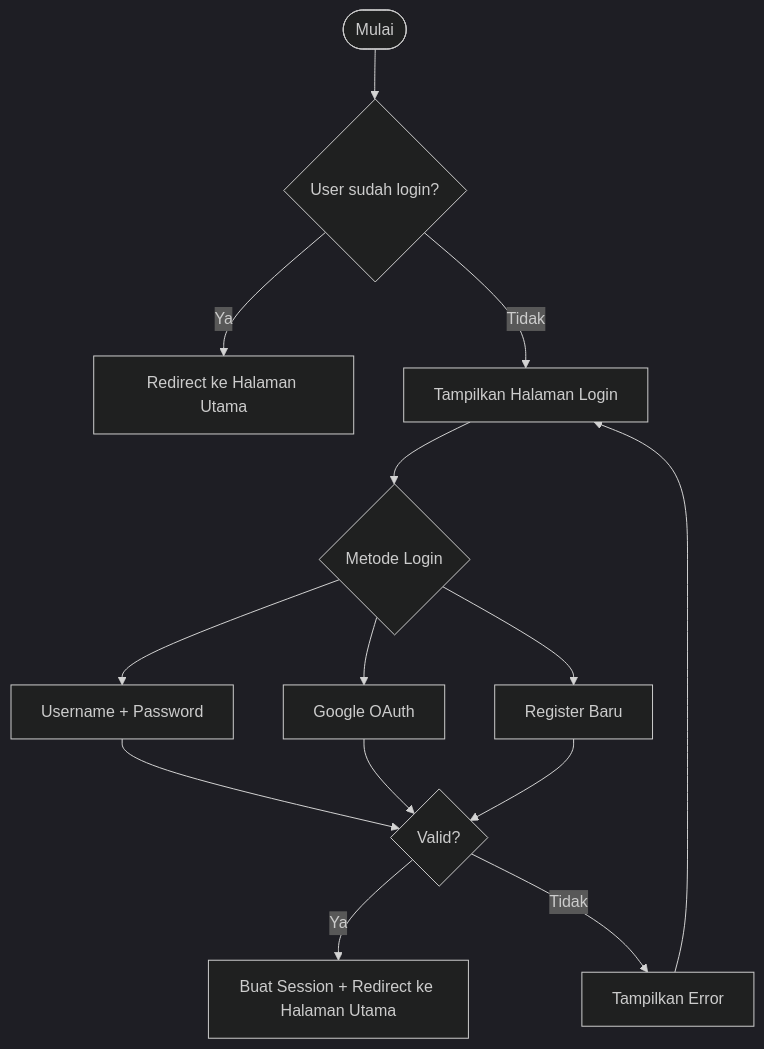
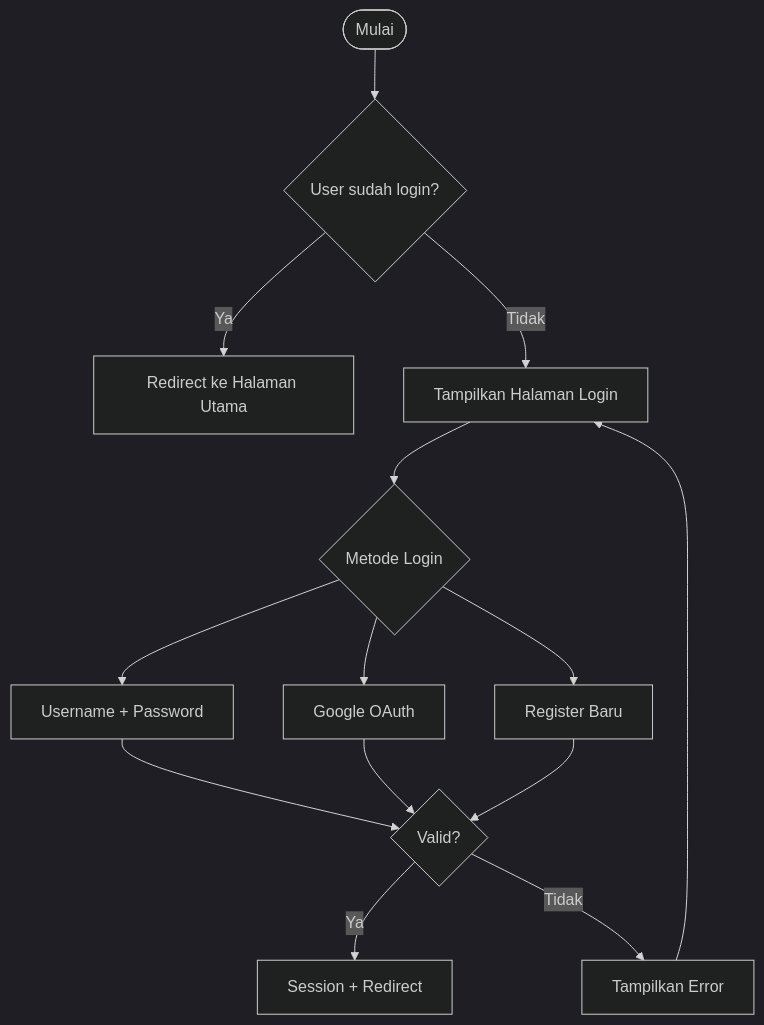
One commit to falcon-ioi/Caclcon changed the fourth of 8 diagrams in e-concalc-web/README.md. Above: the diagram before and after it, drawn with Mermaid (dark theme). The commit also changed other lines of this file, not shown here.

Commit message:
docs: restore detailed UML diagrams with numbered sections, class diagram, and konverter activity diagram

````diff
--- a/e-concalc-web/README.md
+++ b/e-concalc-web/README.md
@@ -161,16 +168,16 @@
 ```mermaid
 flowchart TD
     A([Mulai]) --> B{User sudah login?}
     B -- Ya --> C[Redirect ke Halaman Utama]
     B -- Tidak --> D[Tampilkan Halaman Login]
     D --> E{Metode Login}
     E --> F[Username + Password]
     E --> G[Google OAuth]
     E --> H[Register Baru]
     F --> I{Valid?}
     G --> I
     H --> I
-    I -- Ya --> J[Buat Session + Redirect ke Halaman Utama]
+    I -- Ya --> J[Session + Redirect]
     I -- Tidak --> K[Tampilkan Error]
     K --> D
 ```
````
